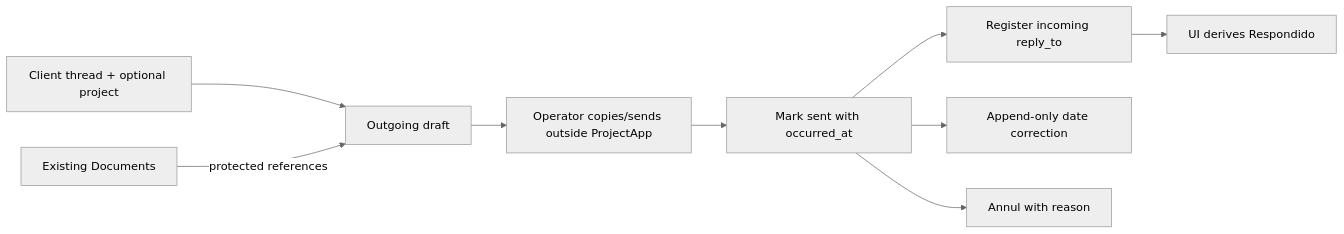
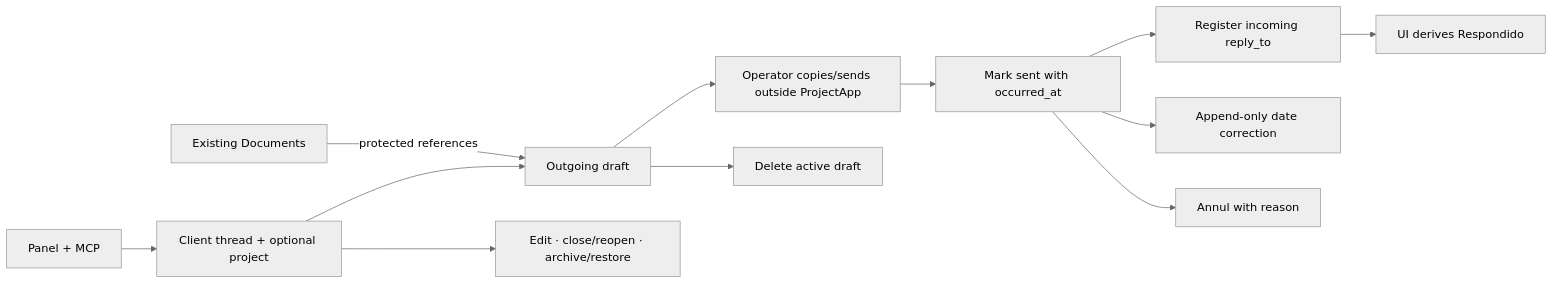
Diagram 22 of 23 in docs/methodology/architecture.md (gustavop-dev/projectapp), drawn with Mermaid (neutral theme) before and after one commit. The commit also changed other lines of this file and 12 other files, not shown here.

````diff
--- a/docs/methodology/architecture.md
+++ b/docs/methodology/architecture.md
@@ -1335,11 +1336,14 @@
 ```mermaid
 flowchart LR
+    Managers["Panel + MCP"] --> Thread
     Thread["Client thread + optional project"] --> Draft["Outgoing draft"]
+    Thread --> Lifecycle["Edit · close/reopen · archive/restore"]
     Draft --> Copy["Operator copies/sends outside ProjectApp"]
+    Draft --> Delete["Delete active draft"]
     Copy --> Sent["Mark sent with occurred_at"]
     Sent --> Reply["Register incoming reply_to"]
     Reply --> Responded["UI derives Respondido"]
     Documents["Existing Documents"] -->|protected references| Draft
     Sent --> Correction["Append-only date correction"]
     Sent --> Void["Annul with reason"]
 ```
````
